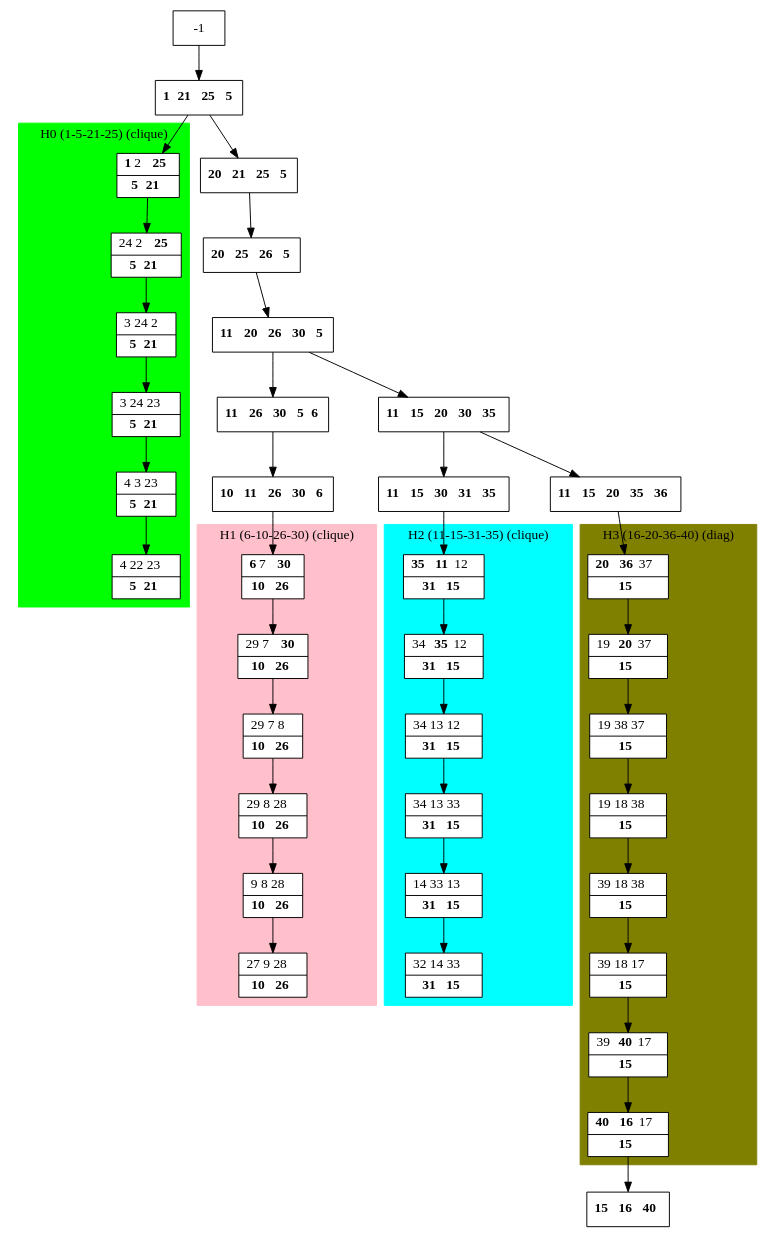
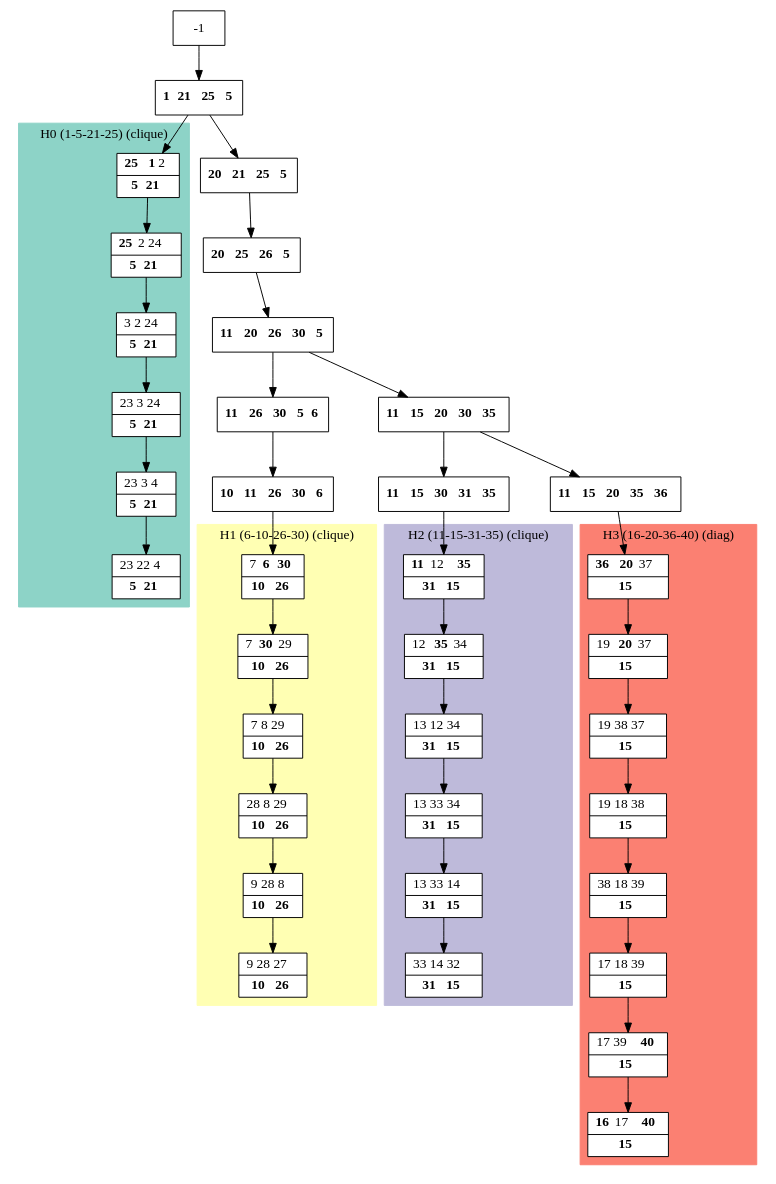
Before and after one commit to bmarchand/auto-dp: the diagram in results/dot_files/processed_K4.dot, drawn with Graphviz. The commit also changed 93 other files, not shown here.

```diff
--- a/results/dot_files/processed_K4.dot
+++ b/results/dot_files/processed_K4.dot
@@ -1,85 +1,83 @@
 digraph G {
     node [shape=box];
     subgraph cluster0 {
         node [style=filled,fillcolor=white];
         labeljust="l";
         style=filled;
-        color=lime;
+        color="#8DD3C7";
         H0_0 -> H0_1 -> H0_2 -> H0_3 -> H0_4 -> H0_5;
         label="H0 (1-5-21-25) (clique)";
     }
     subgraph cluster1 {
         node [style=filled,fillcolor=white];
         labeljust="l";
         style=filled;
-        color=pink;
+        color="#FFFFB3";
         H1_0 -> H1_1 -> H1_2 -> H1_3 -> H1_4 -> H1_5;
         label="H1 (6-10-26-30) (clique)";
     }
     subgraph cluster2 {
         node [style=filled,fillcolor=white];
         labeljust="l";
         style=filled;
-        color=cyan;
+        color="#BEBADA";
         H2_0 -> H2_1 -> H2_2 -> H2_3 -> H2_4 -> H2_5;
         label="H2 (11-15-31-35) (clique)";
     }
     subgraph cluster3 {
         node [style=filled,fillcolor=white];
         labeljust="l";
         style=filled;
-        color=olive;
+        color="#FB8072";
         H3_7 -> H3_6 -> H3_5 -> H3_4 -> H3_3 -> H3_2 -> H3_1 -> H3_0;
         label="H3 (16-20-36-40) (diag)";
     }
      1 [shape=record,label= <{ <b>1</b> <b>21</b> <b>25</b> <b>5</b>}> ];
      -1  ->  1;
-     H0_0 [shape=record,label= <{ <b>1</b> 2 <b>25</b>|  <b>5</b> <b>21</b>}> ];
+     H0_0 [shape=record,label= <{ <b>25</b> <b>1</b> 2|  <b>5</b> <b>21</b>}> ];
      1  ->  H0_0;
-     H0_1 [shape=record,label= <{ 24 2 <b>25</b>|  <b>5</b> <b>21</b>}> ];
-     H0_2 [shape=record,label= <{ 3 24 2|  <b>5</b> <b>21</b>}> ];
-     H0_3 [shape=record,label= <{ 3 24 23|  <b>5</b> <b>21</b>}> ];
-     H0_4 [shape=record,label= <{ 4 3 23|  <b>5</b> <b>21</b>}> ];
-     H0_5 [shape=record,label= <{ 4 22 23|  <b>5</b> <b>21</b>}> ];
+     H0_1 [shape=record,label= <{ <b>25</b> 2 24|  <b>5</b> <b>21</b>}> ];
+     H0_2 [shape=record,label= <{ 3 2 24|  <b>5</b> <b>21</b>}> ];
+     H0_3 [shape=record,label= <{ 23 3 24|  <b>5</b> <b>21</b>}> ];
+     H0_4 [shape=record,label= <{ 23 3 4|  <b>5</b> <b>21</b>}> ];
+     H0_5 [shape=record,label= <{ 23 22 4|  <b>5</b> <b>21</b>}> ];
      28 [shape=record,label= <{ <b>20</b> <b>21</b> <b>25</b> <b>5</b>}> ];
      1  ->  28;
      27 [shape=record,label= <{ <b>20</b> <b>25</b> <b>26</b> <b>5</b>}> ];
      28  ->  27;
      17 [shape=record,label= <{ <b>11</b> <b>20</b> <b>26</b> <b>30</b> <b>5</b>}> ];
      27  ->  17;
      9 [shape=record,label= <{ <b>11</b> <b>26</b> <b>30</b> <b>5</b> <b>6</b>}> ];
      17  ->  9;
      10 [shape=record,label= <{ <b>10</b> <b>11</b> <b>26</b> <b>30</b> <b>6</b>}> ];
      9  ->  10;
-     H1_0 [shape=record,label= <{ <b>6</b> 7 <b>30</b>|  <b>10</b> <b>26</b>}> ];
+     H1_0 [shape=record,label= <{ 7 <b>6</b> <b>30</b>|  <b>10</b> <b>26</b>}> ];
      10  ->  H1_0;
-     H1_1 [shape=record,label= <{ 29 7 <b>30</b>|  <b>10</b> <b>26</b>}> ];
-     H1_2 [shape=record,label= <{ 29 7 8|  <b>10</b> <b>26</b>}> ];
-     H1_3 [shape=record,label= <{ 29 8 28|  <b>10</b> <b>26</b>}> ];
-     H1_4 [shape=record,label= <{ 9 8 28|  <b>10</b> <b>26</b>}> ];
-     H1_5 [shape=record,label= <{ 27 9 28|  <b>10</b> <b>26</b>}> ];
+     H1_1 [shape=record,label= <{ 7 <b>30</b> 29|  <b>10</b> <b>26</b>}> ];
+     H1_2 [shape=record,label= <{ 7 8 29|  <b>10</b> <b>26</b>}> ];
+     H1_3 [shape=record,label= <{ 28 8 29|  <b>10</b> <b>26</b>}> ];
+     H1_4 [shape=record,label= <{ 9 28 8|  <b>10</b> <b>26</b>}> ];
+     H1_5 [shape=record,label= <{ 9 28 27|  <b>10</b> <b>26</b>}> ];
      18 [shape=record,label= <{ <b>11</b> <b>15</b> <b>20</b> <b>30</b> <b>35</b>}> ];
      17  ->  18;
      19 [shape=record,label= <{ <b>11</b> <b>15</b> <b>30</b> <b>31</b> <b>35</b>}> ];
      18  ->  19;
-     H2_0 [shape=record,label= <{ <b>35</b> <b>11</b> 12|  <b>31</b> <b>15</b>}> ];
+     H2_0 [shape=record,label= <{ <b>11</b> 12 <b>35</b>|  <b>31</b> <b>15</b>}> ];
      19  ->  H2_0;
-     H2_1 [shape=record,label= <{ 34 <b>35</b> 12|  <b>31</b> <b>15</b>}> ];
-     H2_2 [shape=record,label= <{ 34 13 12|  <b>31</b> <b>15</b>}> ];
-     H2_3 [shape=record,label= <{ 34 13 33|  <b>31</b> <b>15</b>}> ];
-     H2_4 [shape=record,label= <{ 14 33 13|  <b>31</b> <b>15</b>}> ];
-     H2_5 [shape=record,label= <{ 32 14 33|  <b>31</b> <b>15</b>}> ];
+     H2_1 [shape=record,label= <{ 12 <b>35</b> 34|  <b>31</b> <b>15</b>}> ];
+     H2_2 [shape=record,label= <{ 13 12 34|  <b>31</b> <b>15</b>}> ];
+     H2_3 [shape=record,label= <{ 13 33 34|  <b>31</b> <b>15</b>}> ];
+     H2_4 [shape=record,label= <{ 13 33 14|  <b>31</b> <b>15</b>}> ];
+     H2_5 [shape=record,label= <{ 33 14 32|  <b>31</b> <b>15</b>}> ];
      25 [shape=record,label= <{ <b>11</b> <b>15</b> <b>20</b> <b>35</b> <b>36</b>}> ];
      18  ->  25;
-     H3_7 [shape=record,label= <{ <b>20</b> <b>36</b> 37|  <b>15</b>}> ];
+     H3_7 [shape=record,label= <{ <b>36</b> <b>20</b> 37|  <b>15</b>}> ];
      25  ->  H3_7;
      H3_6 [shape=record,label= <{ 19 <b>20</b> 37|  <b>15</b>}> ];
      H3_5 [shape=record,label= <{ 19 38 37|  <b>15</b>}> ];
      H3_4 [shape=record,label= <{ 19 18 38|  <b>15</b>}> ];
-     H3_3 [shape=record,label= <{ 39 18 38|  <b>15</b>}> ];
-     H3_2 [shape=record,label= <{ 39 18 17|  <b>15</b>}> ];
-     H3_1 [shape=record,label= <{ 39 <b>40</b> 17|  <b>15</b>}> ];
-     H3_0 [shape=record,label= <{ <b>40</b> <b>16</b> 17|  <b>15</b>}> ];
-     33 [shape=record,label= <{ <b>15</b> <b>16</b> <b>40</b>}> ];
-     H3_0  ->  33;
+     H3_3 [shape=record,label= <{ 38 18 39|  <b>15</b>}> ];
+     H3_2 [shape=record,label= <{ 17 18 39|  <b>15</b>}> ];
+     H3_1 [shape=record,label= <{ 17 39 <b>40</b>|  <b>15</b>}> ];
+     H3_0 [shape=record,label= <{ <b>16</b> 17 <b>40</b>|  <b>15</b>}> ];
 }
```
